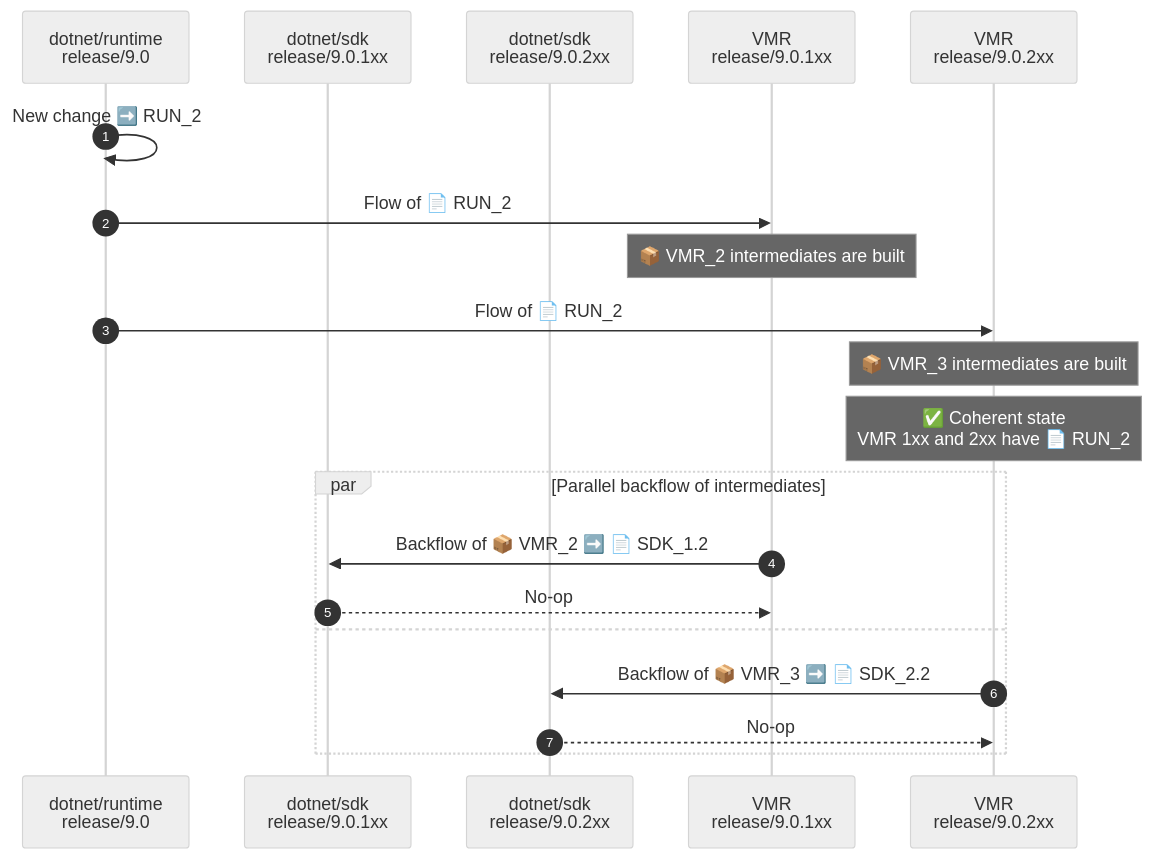
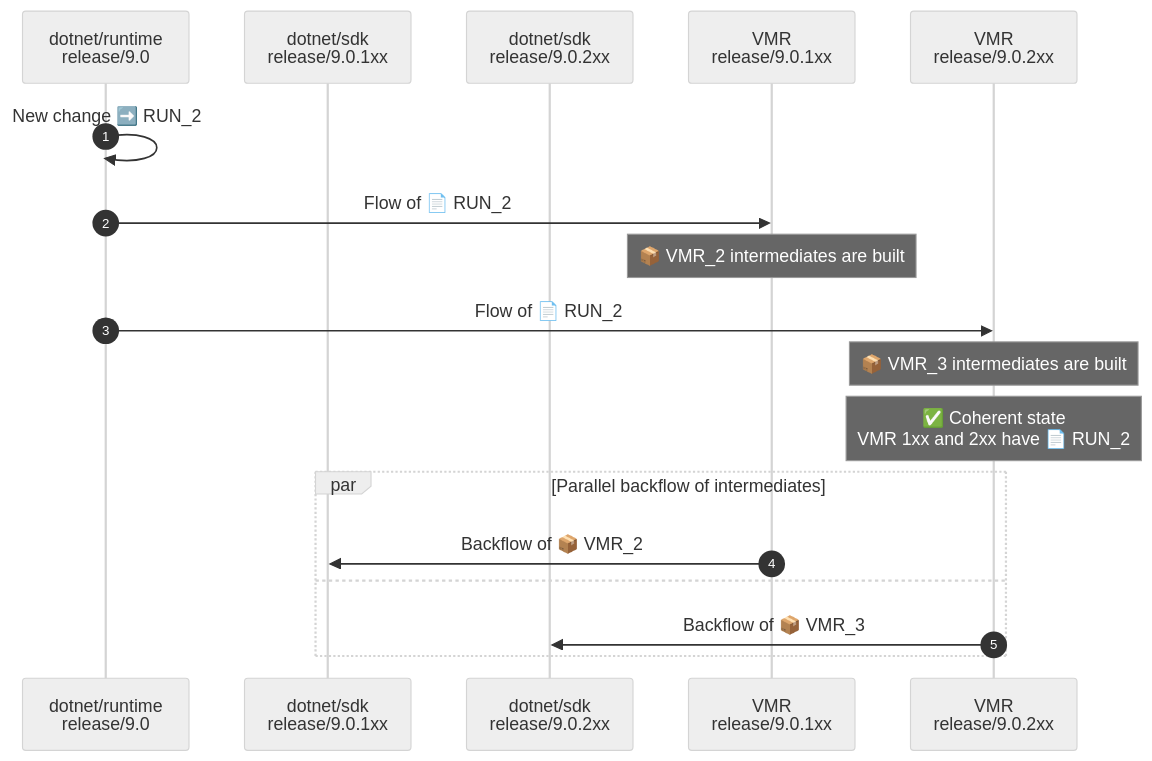
The first of 2 diagrams in Documentation/UnifiedBuild/VMR-Managing-SDK-Bands-SDK-branches.md (dotnet/arcade), drawn with Mermaid (neutral theme) before and after one commit. The commit also changed 1 other file, not shown here.

Commit message:
More cosmetics

````diff
--- a/Documentation/UnifiedBuild/VMR-Managing-SDK-Bands-SDK-branches.md
+++ b/Documentation/UnifiedBuild/VMR-Managing-SDK-Bands-SDK-branches.md
@@ -79,27 +79,25 @@
 ```mermaid
 sequenceDiagram
     autonumber
 
     participant runtime as dotnet/runtime<br />release/9.0
     participant SDK_1xx as dotnet/sdk<br />release/9.0.1xx
     participant SDK_2xx as dotnet/sdk<br />release/9.0.2xx
     participant VMR_1xx as VMR<br />release/9.0.1xx
     participant VMR_2xx as VMR<br />release/9.0.2xx
 
     runtime->>runtime: New change ➡️ RUN_2
 
     runtime->>VMR_1xx: Flow of 📄 RUN_2
     Note over VMR_1xx: 📦 VMR_2 intermediates are built
     runtime->>VMR_2xx: Flow of 📄 RUN_2
     Note over VMR_2xx: 📦 VMR_3 intermediates are built
 
     Note over VMR_2xx: ✅ Coherent state<br />VMR 1xx and 2xx have 📄 RUN_2
 
     par Parallel backflow of intermediates
-        VMR_1xx->>SDK_1xx: Backflow of 📦 VMR_2 ➡️ 📄 SDK_1.2
-        SDK_1xx-->>VMR_1xx: No-op
+        VMR_1xx->>SDK_1xx: Backflow of 📦 VMR_2
     and
-        VMR_2xx->>SDK_2xx: Backflow of 📦 VMR_3 ➡️ 📄 SDK_2.2
-        SDK_2xx-->>VMR_2xx: No-op
+        VMR_2xx->>SDK_2xx: Backflow of 📦 VMR_3
     end
 ```
````
